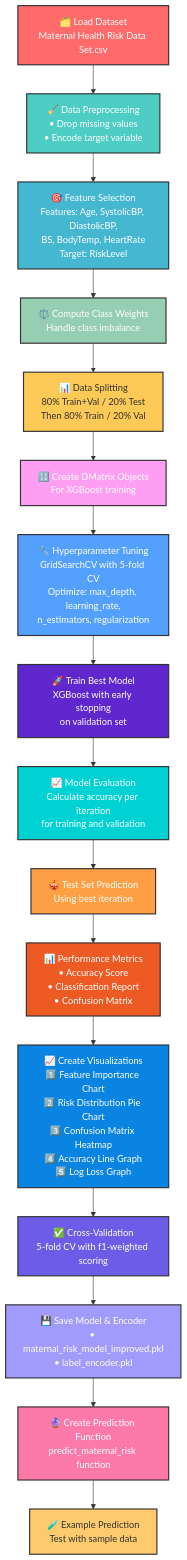
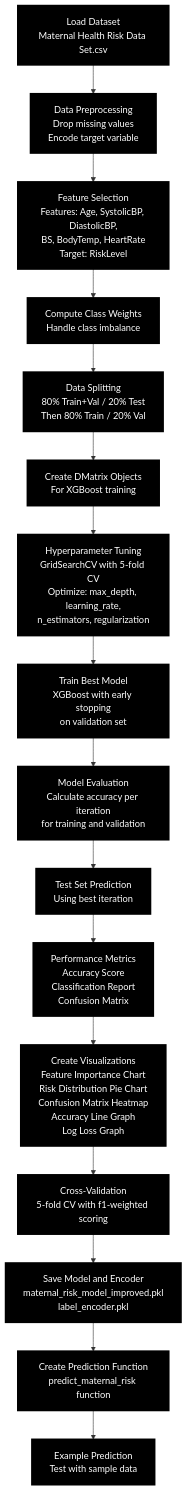
Before and after one commit to Difras/Amphilus.ai: the diagram in README.md, drawn with Mermaid.

````diff
--- a/README.md
+++ b/README.md
@@ -11,49 +11,49 @@
 ```mermaid
 flowchart TD
-    A["🗂️ Load Dataset<br/>Maternal Health Risk Data Set.csv"] --> B["🧹 Data Preprocessing<br/>• Drop missing values<br/>• Encode target variable"]
+    A["Load Dataset<br/>Maternal Health Risk Data Set.csv"] --> B["Data Preprocessing<br/>Drop missing values<br/>Encode target variable"]
     
-    B --> C["🎯 Feature Selection<br/>Features: Age, SystolicBP, DiastolicBP,<br/>BS, BodyTemp, HeartRate<br/>Target: RiskLevel"]
+    B --> C["Feature Selection<br/>Features: Age, SystolicBP, DiastolicBP,<br/>BS, BodyTemp, HeartRate<br/>Target: RiskLevel"]
     
-    C --> D["⚖️ Compute Class Weights<br/>Handle class imbalance"]
+    C --> D["Compute Class Weights<br/>Handle class imbalance"]
     
-    D --> E["📊 Data Splitting<br/>80% Train+Val / 20% Test<br/>Then 80% Train / 20% Val"]
+    D --> E["Data Splitting<br/>80% Train+Val / 20% Test<br/>Then 80% Train / 20% Val"]
     
-    E --> F["🔢 Create DMatrix Objects<br/>For XGBoost training"]
+    E --> F["Create DMatrix Objects<br/>For XGBoost training"]
     
-    F --> G["🔧 Hyperparameter Tuning<br/>GridSearchCV with 5-fold CV<br/>Optimize: max_depth, learning_rate,<br/>n_estimators, regularization"]
+    F --> G["Hyperparameter Tuning<br/>GridSearchCV with 5-fold CV<br/>Optimize: max_depth, learning_rate,<br/>n_estimators, regularization"]
     
-    G --> H["🚀 Train Best Model<br/>XGBoost with early stopping<br/>on validation set"]
+    G --> H["Train Best Model<br/>XGBoost with early stopping<br/>on validation set"]
     
-    H --> I["📈 Model Evaluation<br/>Calculate accuracy per iteration<br/>for training and validation"]
+    H --> I["Model Evaluation<br/>Calculate accuracy per iteration<br/>for training and validation"]
     
-    I --> J["🎪 Test Set Prediction<br/>Using best iteration"]
+    I --> J["Test Set Prediction<br/>Using best iteration"]
     
-    J --> K["📊 Performance Metrics<br/>• Accuracy Score<br/>• Classification Report<br/>• Confusion Matrix"]
+    J --> K["Performance Metrics<br/>Accuracy Score<br/>Classification Report<br/>Confusion Matrix"]
     
-    K --> L["📈 Create Visualizations<br/>1️⃣ Feature Importance Chart<br/>2️⃣ Risk Distribution Pie Chart<br/>3️⃣ Confusion Matrix Heatmap<br/>4️⃣ Accuracy Line Graph<br/>5️⃣ Log Loss Graph"]
+    K --> L["Create Visualizations<br/>Feature Importance Chart<br/>Risk Distribution Pie Chart<br/>Confusion Matrix Heatmap<br/>Accuracy Line Graph<br/>Log Loss Graph"]
     
-    L --> M["✅ Cross-Validation<br/>5-fold CV with f1-weighted scoring"]
+    L --> M["Cross-Validation<br/>5-fold CV with f1-weighted scoring"]
     
-    M --> N["💾 Save Model & Encoder<br/>• maternal_risk_model_improved.pkl<br/>• label_encoder.pkl"]
+    M --> N["Save Model and Encoder<br/>maternal_risk_model_improved.pkl<br/>label_encoder.pkl"]
     
-    N --> O["🔮 Create Prediction Function<br/>predict_maternal_risk function"]
+    N --> O["Create Prediction Function<br/>predict_maternal_risk function"]
     
-    O --> P["🧪 Example Prediction<br/>Test with sample data"]
+    O --> P["Example Prediction<br/>Test with sample data"]
     
-    style A fill:#FF6B6B,stroke:#333,stroke-width:2px,color:#fff
-    style B fill:#4ECDC4,stroke:#333,stroke-width:2px,color:#fff
-    style C fill:#45B7D1,stroke:#333,stroke-width:2px,color:#fff
-    style D fill:#96CEB4,stroke:#333,stroke-width:2px,color:#fff
-    style E fill:#FECA57,stroke:#333,stroke-width:2px,color:#333
-    style F fill:#FF9FF3,stroke:#333,stroke-width:2px,color:#fff
-    style G fill:#54A0FF,stroke:#333,stroke-width:2px,color:#fff
-    style H fill:#5F27CD,stroke:#333,stroke-width:2px,color:#fff
-    style I fill:#00D2D3,stroke:#333,stroke-width:2px,color:#fff
-    style J fill:#FF9F43,stroke:#333,stroke-width:2px,color:#fff
-    style K fill:#EE5A24,stroke:#333,stroke-width:2px,color:#fff
-    style L fill:#0984E3,stroke:#333,stroke-width:2px,color:#fff
-    style M fill:#6C5CE7,stroke:#333,stroke-width:2px,color:#fff
-    style N fill:#A29BFE,stroke:#333,stroke-width:2px,color:#fff
-    style O fill:#FD79A8,stroke:#333,stroke-width:2px,color:#fff
-    style P fill:#FDCB6E,stroke:#333,stroke-width:2px,color:#333
+    style A fill:#000000,stroke:#000000,stroke-width:3px,color:#ffffff
+    style B fill:#000000,stroke:#000000,stroke-width:3px,color:#ffffff
+    style C fill:#000000,stroke:#000000,stroke-width:3px,color:#ffffff
+    style D fill:#000000,stroke:#000000,stroke-width:3px,color:#ffffff
+    style E fill:#000000,stroke:#000000,stroke-width:3px,color:#ffffff
+    style F fill:#000000,stroke:#000000,stroke-width:3px,color:#ffffff
+    style G fill:#000000,stroke:#000000,stroke-width:3px,color:#ffffff
+    style H fill:#000000,stroke:#000000,stroke-width:3px,color:#ffffff
+    style I fill:#000000,stroke:#000000,stroke-width:3px,color:#ffffff
+    style J fill:#000000,stroke:#000000,stroke-width:3px,color:#ffffff
+    style K fill:#000000,stroke:#000000,stroke-width:3px,color:#ffffff
+    style L fill:#000000,stroke:#000000,stroke-width:3px,color:#ffffff
+    style M fill:#000000,stroke:#000000,stroke-width:3px,color:#ffffff
+    style N fill:#000000,stroke:#000000,stroke-width:3px,color:#ffffff
+    style O fill:#000000,stroke:#000000,stroke-width:3px,color:#ffffff
+    style P fill:#000000,stroke:#000000,stroke-width:3px,color:#ffffff
 ```
````
